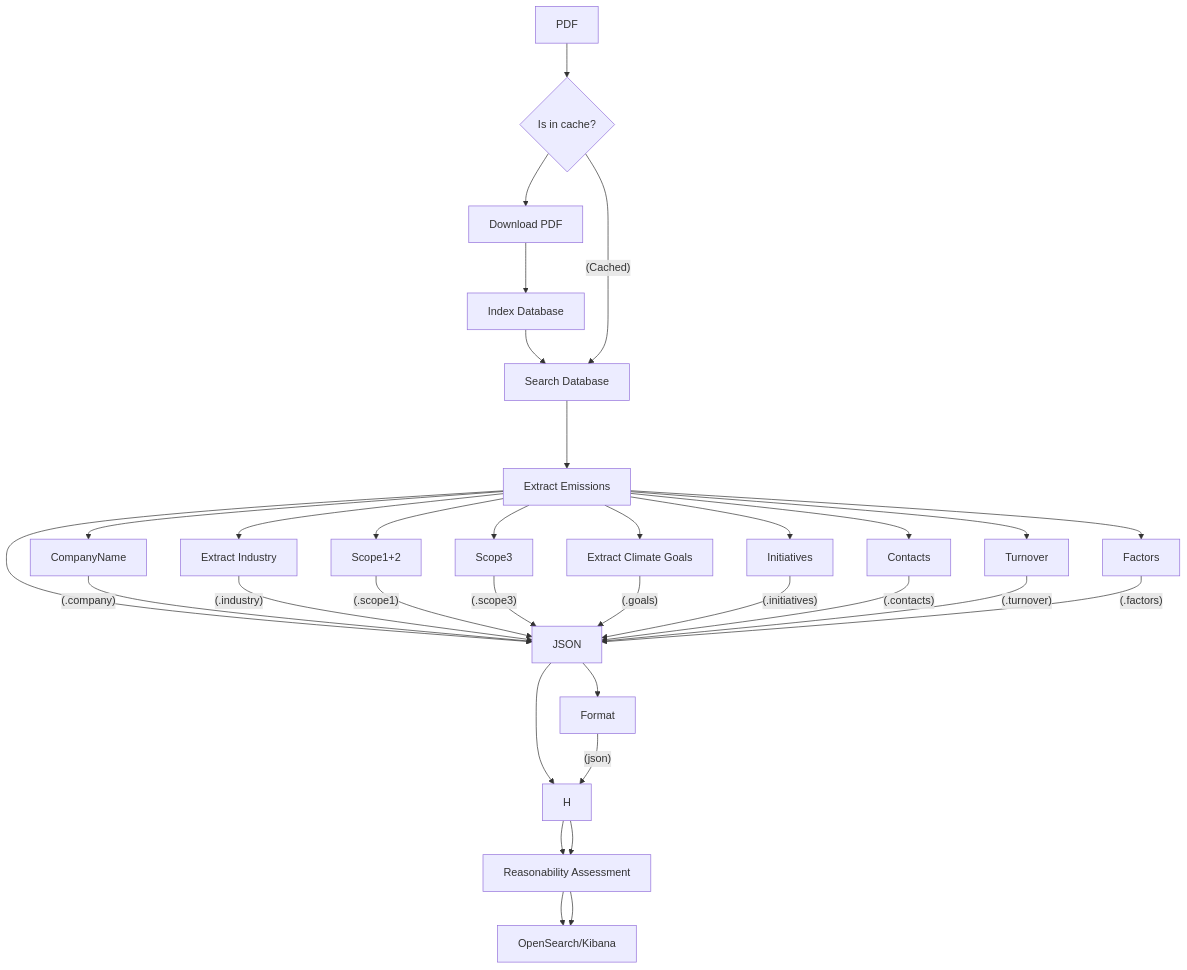
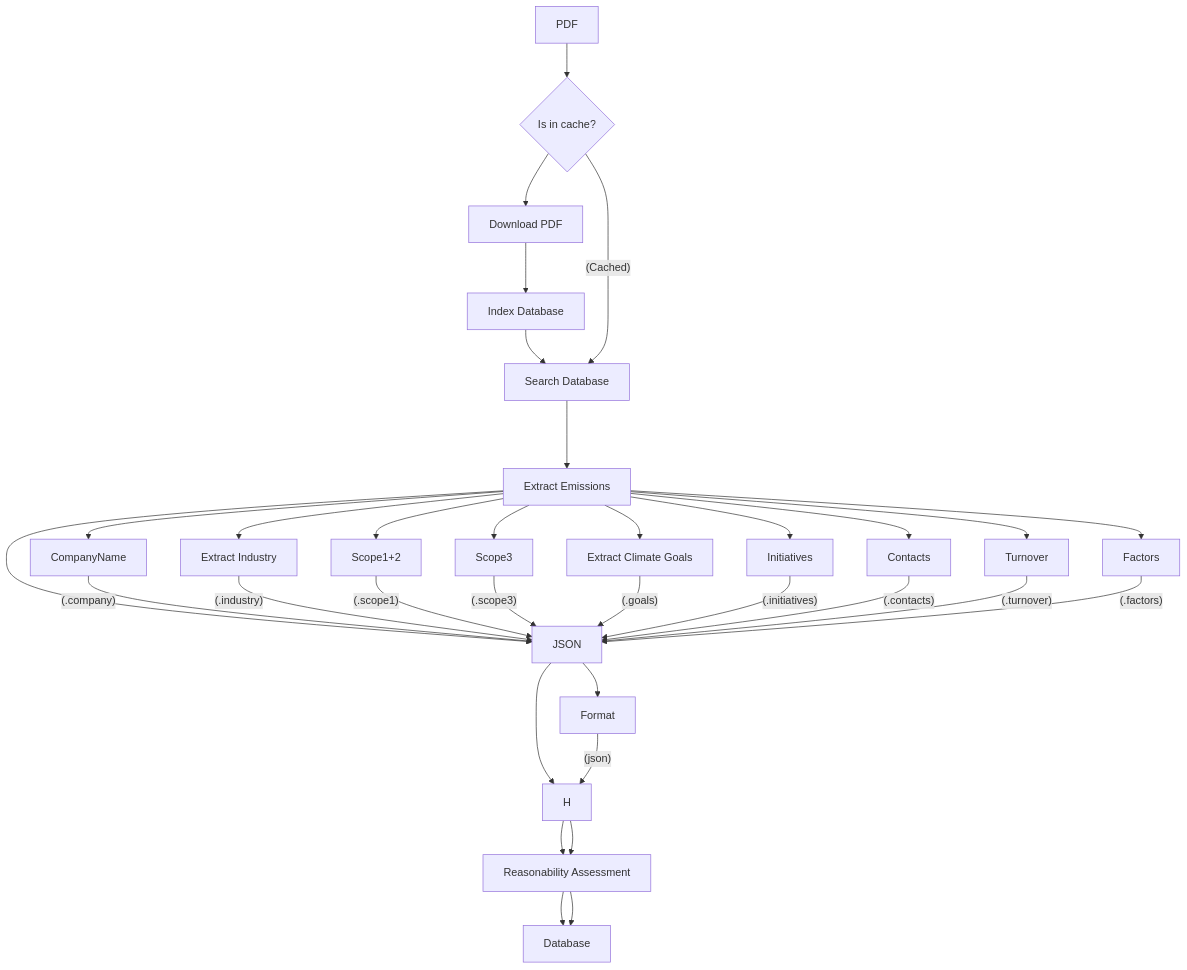
Before and after one commit to Klimatbyran/garbo: the diagram in README.md, drawn with Mermaid. The commit also changed other lines of this file and 14 other files, not shown here.

Commit message:
Remove OpenSearch

````diff
--- a/README.md
+++ b/README.md
@@ -19,36 +19,36 @@
 ```mermaid
 flowchart TB
 
     A[PDF]
     B{Is in cache?}
     C[Download PDF]
     D[Index Database]
     E[Search Database]
     F[Extract Emissions]
     G[JSON]
 
     Industry[Extract Industry]
     Goals[Extract Climate Goals]
     Review[Reasonability Assessment]
 
 
-    DB[OpenSearch/Kibana]
+    DB[Database]
 
     A --> B --> C --> D --> E ---> F ---> G ---> H
     B --(Cached)--> E
 
     F --> CompanyName --(.company)--> G
     F --> Industry --(.industry)--> G
     F --> Scope1+2 --(.scope1)--> G
     F --> Scope3 --(.scope3)--> G
     F --> Goals --(.goals)--> G
     F --> Initiatives --(.initiatives)--> G
     F --> Contacts --(.contacts)--> G
     F --> Turnover --(.turnover)--> G
     F --> Factors --(.factors)--> G
 
     G --> Format --(json)--> H
 
     H --> Review --> DB
     H --> Review --> DB
 ```
````
